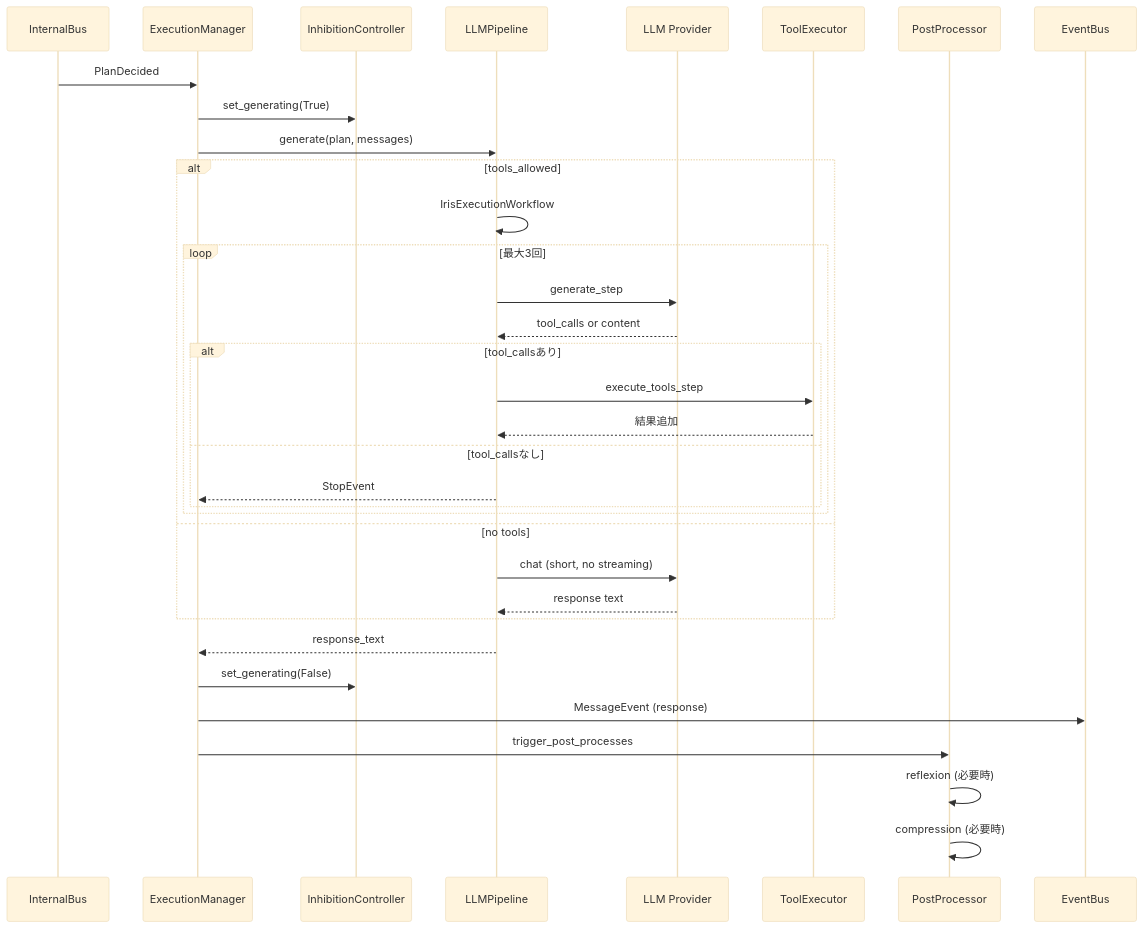
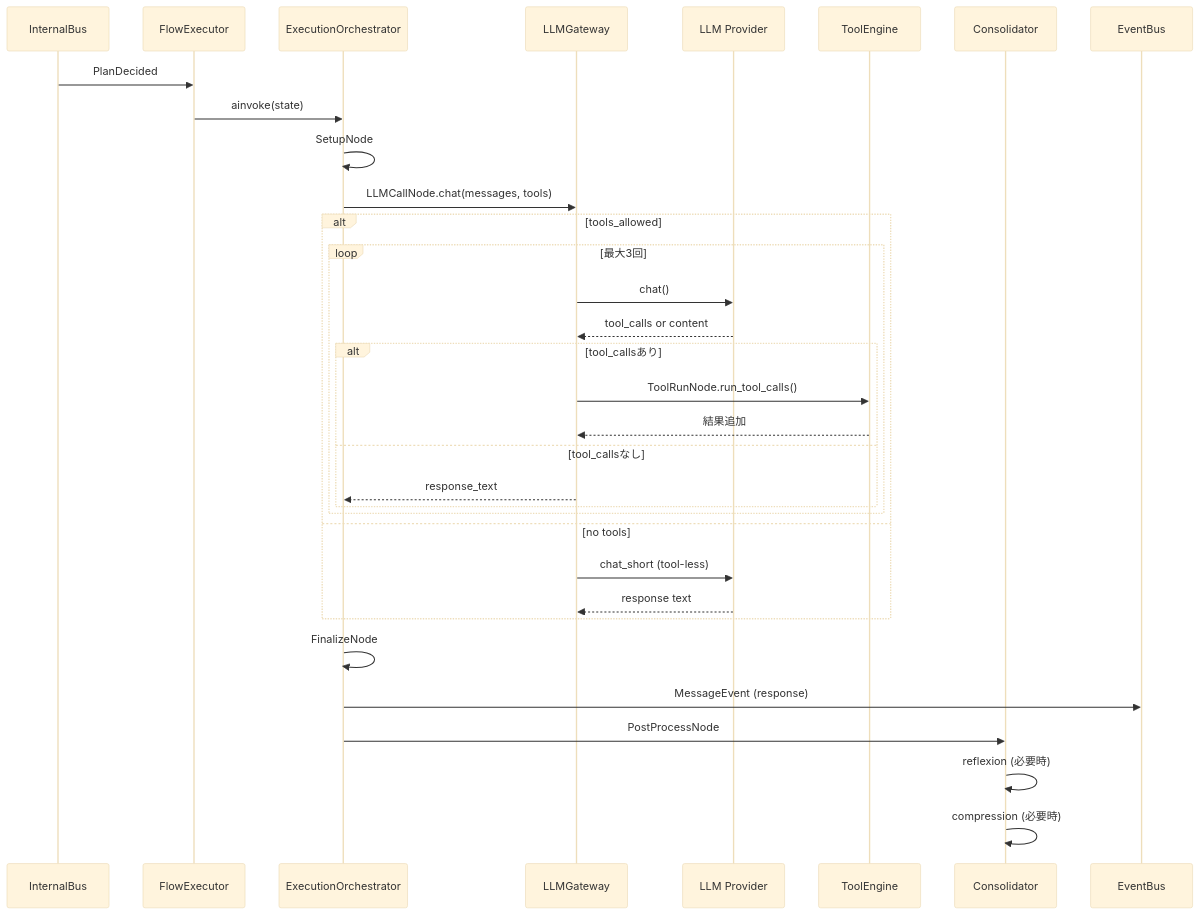
Before and after one commit to ibukani/iris-mind: the diagram in docs/how-it-works/08-execution-pipeline.md, drawn with Mermaid (base theme). The commit also changed other lines of this file and 35 other files, not shown here.

````diff
--- a/docs/how-it-works/08-execution-pipeline.md
+++ b/docs/how-it-works/08-execution-pipeline.md
@@ -3,39 +3,39 @@
 ```mermaid
 sequenceDiagram
     participant IB as InternalBus
-    participant EM as ExecutionManager
-    participant INH as InhibitionController
-    participant PL as LLMPipeline
+    participant FE as FlowExecutor
+    participant ORCH as ExecutionOrchestrator
+    participant LG as LLMGateway
     participant LLM as LLM Provider
-    participant TE as ToolExecutor
-    participant PP as PostProcessor
+    participant TE as ToolEngine
+    participant CON as Consolidator
     participant EB as EventBus
 
-    IB->>EM: PlanDecided
-    EM->>INH: set_generating(True)
-    EM->>PL: generate(plan, messages)
+    IB->>FE: PlanDecided
+    FE->>ORCH: ainvoke(state)
+
+    ORCH->>ORCH: SetupNode
+    ORCH->>LG: LLMCallNode.chat(messages, tools)
 
     alt tools_allowed
-        PL->>PL: IrisExecutionWorkflow
         loop 最大3回
-            PL->>LLM: generate_step
-            LLM-->>PL: tool_calls or content
+            LG->>LLM: chat()
+            LLM-->>LG: tool_calls or content
             alt tool_callsあり
-                PL->>TE: execute_tools_step
-                TE-->>PL: 結果追加
+                LG->>TE: ToolRunNode.run_tool_calls()
+                TE-->>LG: 結果追加
             else tool_callsなし
-                PL-->>EM: StopEvent
+                LG-->>ORCH: response_text
             end
         end
     else no tools
-        PL->>LLM: chat (short, no streaming)
-        LLM-->>PL: response text
+        LG->>LLM: chat_short (tool-less)
+        LLM-->>LG: response text
     end
 
-    PL-->>EM: response_text
-    EM->>INH: set_generating(False)
-    EM->>EB: MessageEvent (response)
-    EM->>PP: trigger_post_processes
-    PP->>PP: reflexion (必要時)
-    PP->>PP: compression (必要時)
+    ORCH->>ORCH: FinalizeNode
+    ORCH->>EB: MessageEvent (response)
+    ORCH->>CON: PostProcessNode
+    CON->>CON: reflexion (必要時)
+    CON->>CON: compression (必要時)
 ```
````
